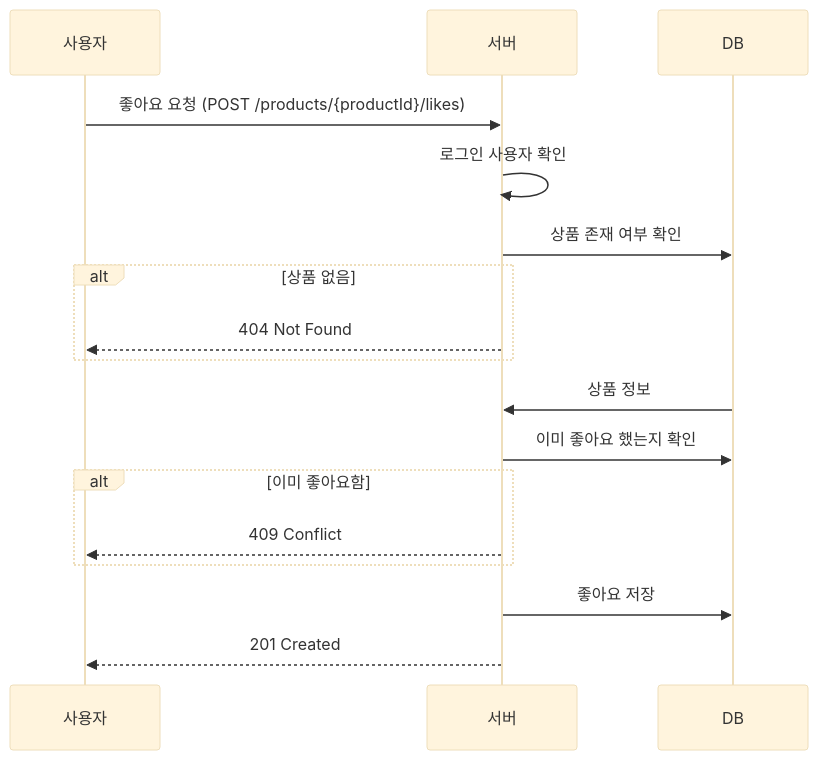
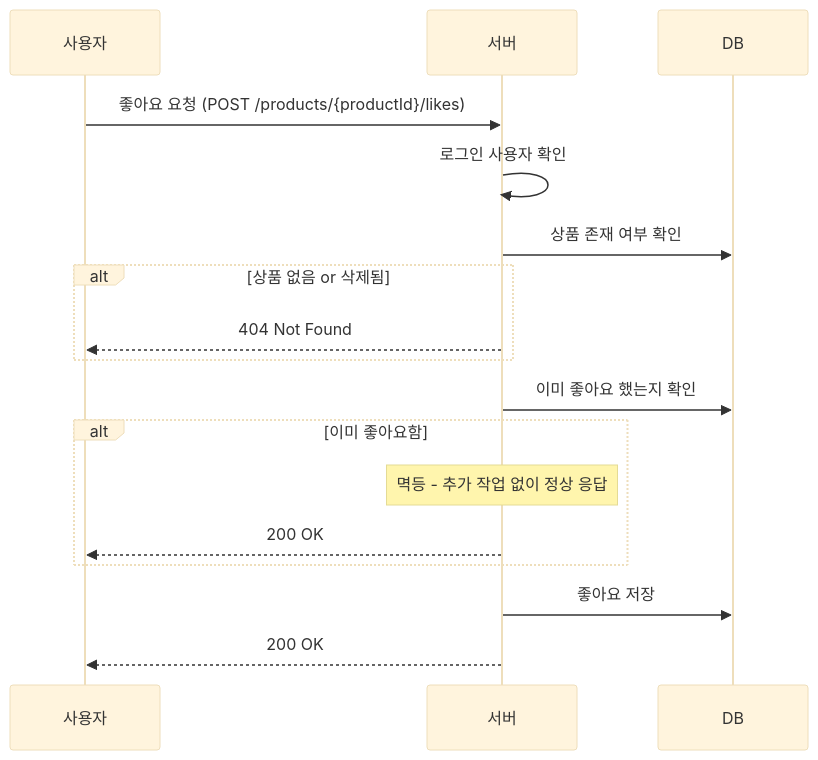
Before and after one commit to loopers-labs/loop-pack-be-l2-vol4-java: diagram 11 of 20 in docs/week2/02-sequence-diagrams.md, drawn with Mermaid (base theme). The commit also changed other lines of this file and 3 other files, not shown here.

First line of the commit message:
docs: 요구사항 정의서 전체 리라이트 및 시퀀스/클래스/ERD 보완

````diff
--- a/docs/week2/02-sequence-diagrams.md
+++ b/docs/week2/02-sequence-diagrams.md
@@ -209,20 +336,20 @@
 ```mermaid
 sequenceDiagram
     participant 사용자
     participant 서버
     participant DB
 
     사용자->>서버: 좋아요 요청 (POST /products/{productId}/likes)
     서버->>서버: 로그인 사용자 확인
     서버->>DB: 상품 존재 여부 확인
-    alt 상품 없음
+    alt 상품 없음 or 삭제됨
         서버-->>사용자: 404 Not Found
     end
-    DB->>서버: 상품 정보
     서버->>DB: 이미 좋아요 했는지 확인
     alt 이미 좋아요함
-        서버-->>사용자: 409 Conflict
+        Note over 서버: 멱등 - 추가 작업 없이 정상 응답
+        서버-->>사용자: 200 OK
     end
     서버->>DB: 좋아요 저장
-    서버-->>사용자: 201 Created
+    서버-->>사용자: 200 OK
 ```
````
